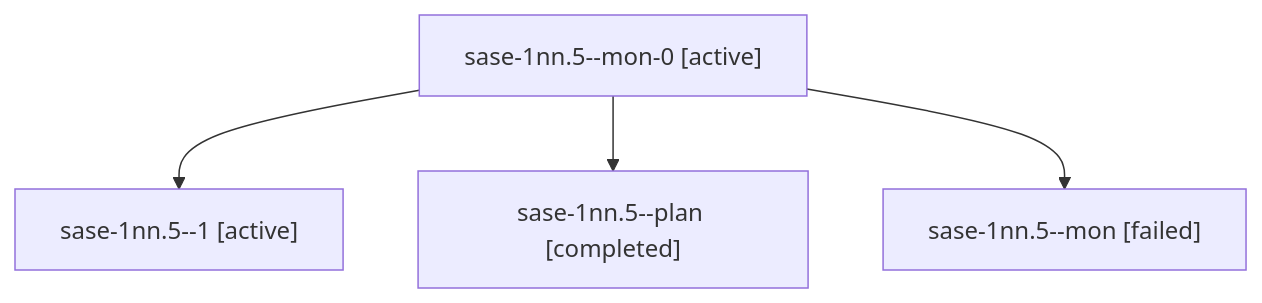
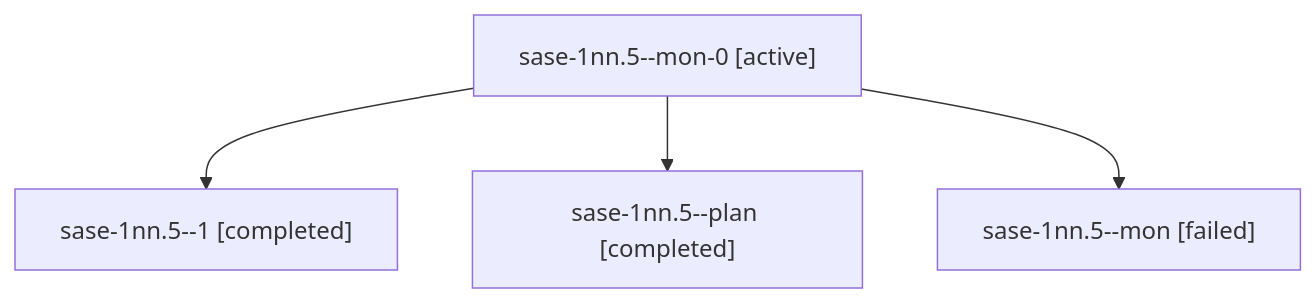
One commit to sase-org/sase--agents changed the diagram in sessions/bbugyi200.athena.sase-1nn.5.md. Above: the diagram before and after it, drawn with Mermaid. The commit also changed other lines of this file and 81 other files, not shown here.

````diff
--- a/sessions/bbugyi200.athena.sase-1nn.5.md
+++ b/sessions/bbugyi200.athena.sase-1nn.5.md
@@ -9,10 +9,10 @@
 ```mermaid
 flowchart TD
   n0["sase-1nn.5--mon-0 [active]"]
-  n1["sase-1nn.5--1 [active]"]
+  n1["sase-1nn.5--1 [completed]"]
   n0 --> n1
   n2["sase-1nn.5--plan [completed]"]
   n0 --> n2
   n3["sase-1nn.5--mon [failed]"]
   n0 --> n3
 ```
````
